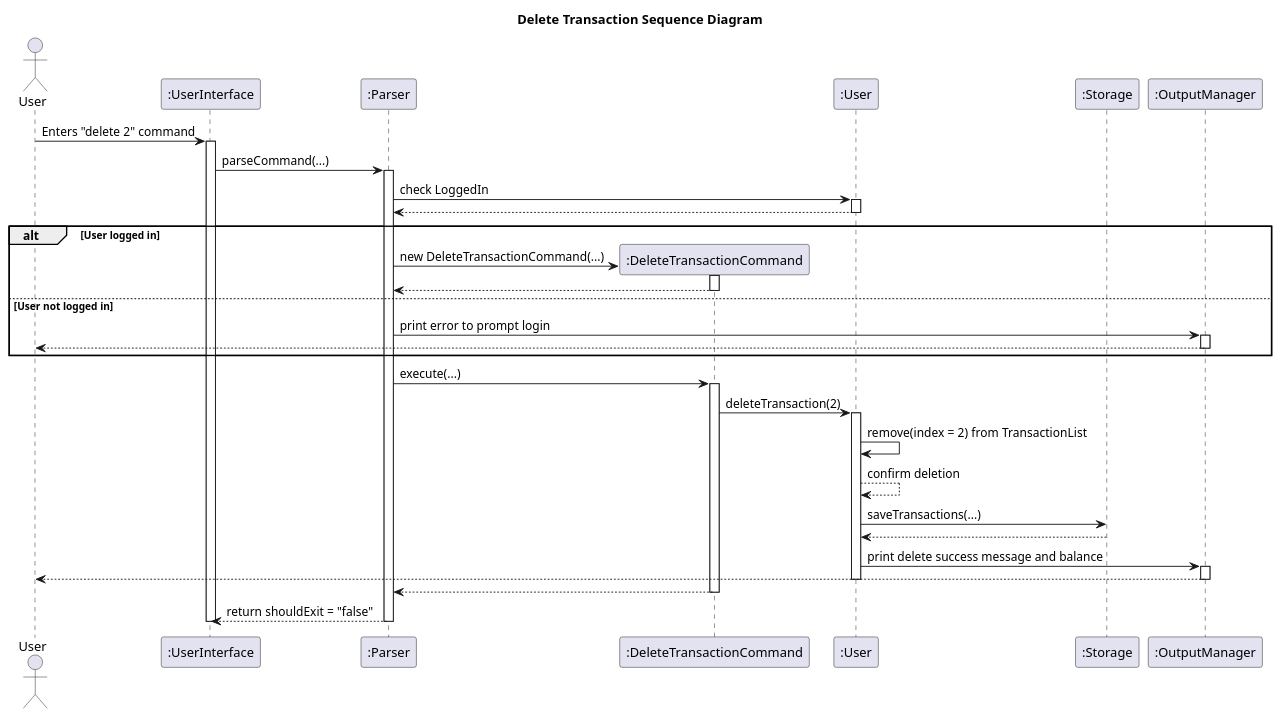
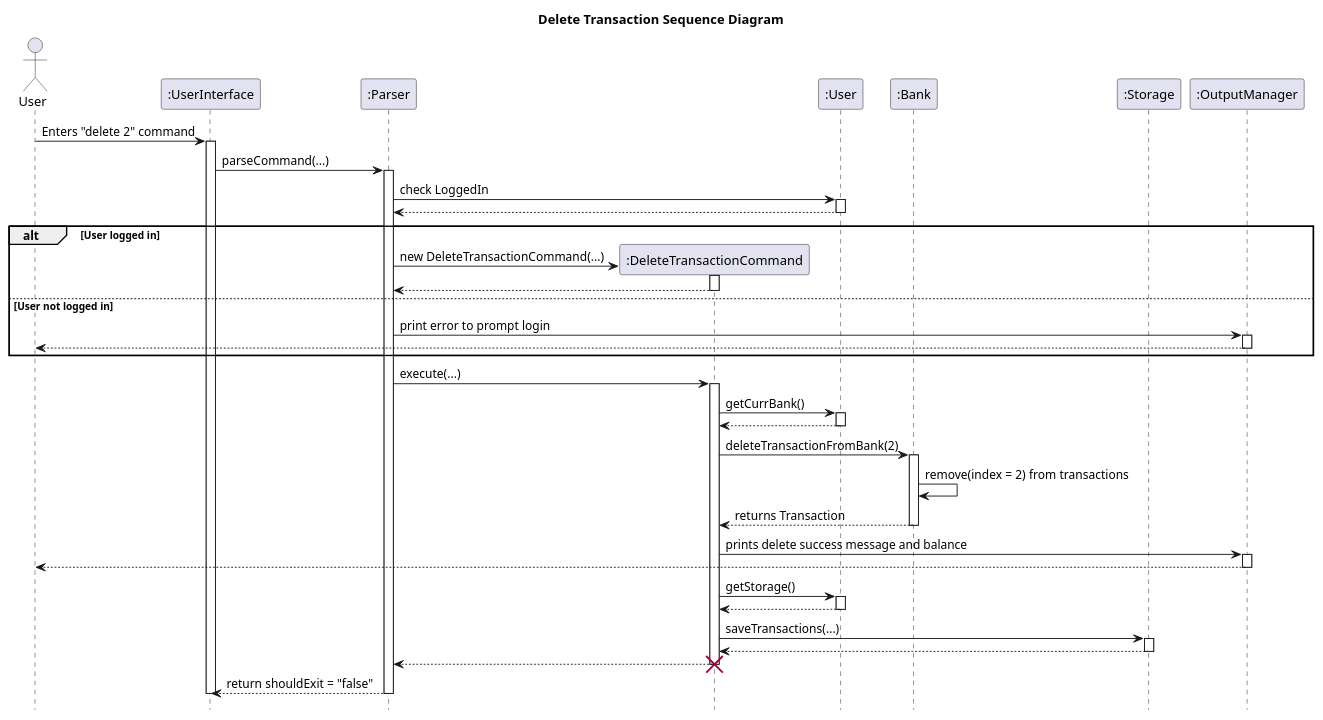
One commit to AY2526S1-CS2113-W10-2/tp changed the diagram in docs/team/CommandFeature/deleteCommand/deleteCommand.puml. Above: the diagram before and after it, drawn with PlantUML. The commit also changed 1 other file, not shown here.

Commit message:
Update deleteTransactionCommand Sequence Diagram

```diff
--- a/docs/team/CommandFeature/deleteCommand/deleteCommand.puml
+++ b/docs/team/CommandFeature/deleteCommand/deleteCommand.puml
@@ -1,69 +1,79 @@
 @startuml
 'https://plantuml.com/sequence-diagram
 
+hide footbox
 actor User as U
 
 participant ":UserInterface" as UserInterface
 participant ":Parser" as Parser
 participant ":DeleteTransactionCommand" as DeleteTransactionCommand
 participant ":User" as User
+participant ":Bank" as Bank
 participant ":Storage" as Storage
 participant ":OutputManager" as OutputManager
 
 
 title Delete Transaction Sequence Diagram
 
 
 U -> UserInterface : Enters "delete 2" command
 activate UserInterface
 
 UserInterface -> Parser : parseCommand(...)
 activate Parser
 
 Parser -> User : check LoggedIn
 activate User
 
 User --> Parser
 deactivate User
 
 alt User logged in
     create DeleteTransactionCommand
     Parser -> DeleteTransactionCommand: new DeleteTransactionCommand(...)
     activate DeleteTransactionCommand
     DeleteTransactionCommand --> Parser
     deactivate DeleteTransactionCommand
 
 else User not logged in
 
     Parser -> OutputManager : print error to prompt login
     activate OutputManager
     OutputManager --> U
     deactivate OutputManager
 end
 
 Parser -> DeleteTransactionCommand : execute(...)
     activate DeleteTransactionCommand
 
-    DeleteTransactionCommand -> User : deleteTransaction(2)
+    DeleteTransactionCommand -> User : getCurrBank()
     activate User
+    User --> DeleteTransactionCommand
+    deactivate User
+    DeleteTransactionCommand -> Bank : deleteTransactionFromBank(2)
+    activate Bank
 
-    User -> User : remove(index = 2) from TransactionList
-    User --> User : confirm deletion
+    Bank -> Bank : remove(index = 2) from transactions
+    Bank --> DeleteTransactionCommand: returns Transaction
+    deactivate Bank
 
-    User -> Storage : saveTransactions(...)
-    Storage --> User
-
-    User -> OutputManager : print delete success message and balance
+    DeleteTransactionCommand -> OutputManager : prints delete success message and balance
     activate OutputManager
-
     OutputManager --> U
     deactivate OutputManager
+    DeleteTransactionCommand -> User : getStorage()
+    activate User
+    User --> DeleteTransactionCommand
     deactivate User
+    DeleteTransactionCommand -> Storage : saveTransactions(...)
+    activate Storage
+    Storage --> DeleteTransactionCommand
+    deactivate Storage
     DeleteTransactionCommand --> Parser
-    deactivate DeleteTransactionCommand
+    destroy DeleteTransactionCommand
 
 Parser --> UserInterface : return shouldExit = "false"
 deactivate Parser
 deactivate UserInterface
 
 @enduml
```
